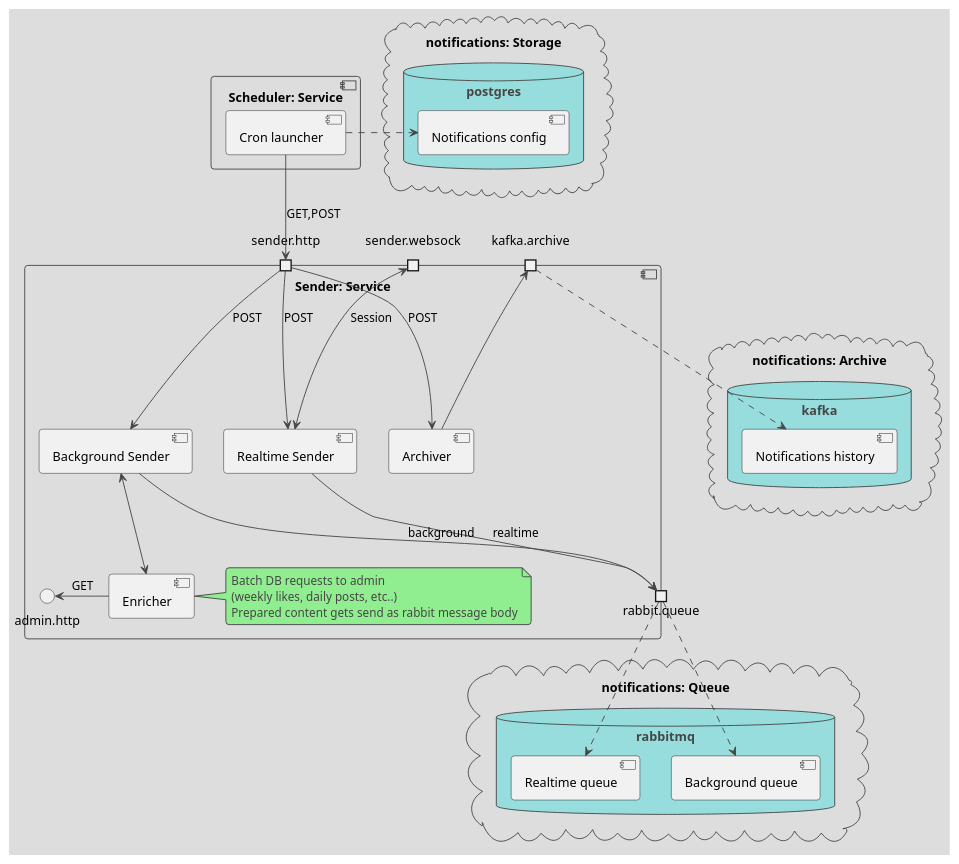
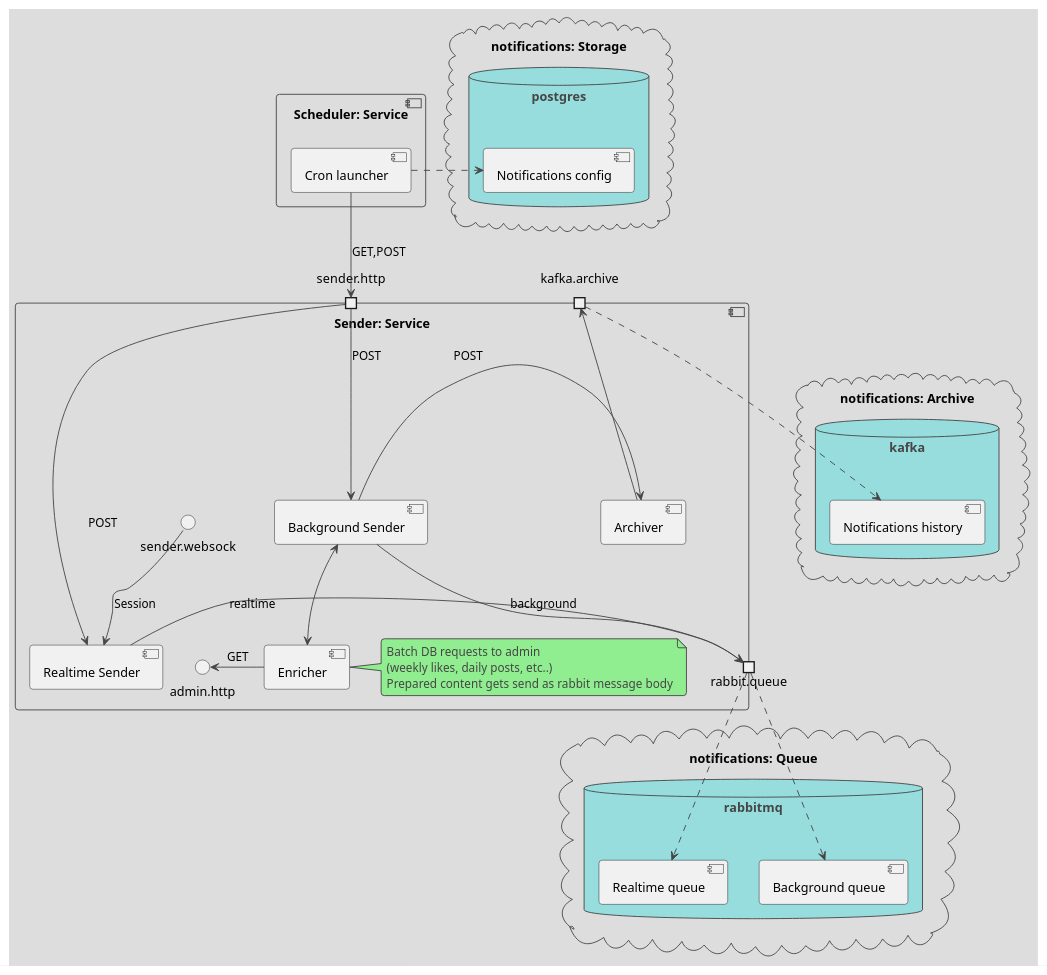
The diagram in doc/arch/notifications_sender.puml (ilya-spy/notifications_sprint_1), drawn with PlantUML before and after one commit. The commit also changed 5 other files, not shown here.

Commit message:
update flows to simplify modules

```diff
--- a/doc/arch/notifications_sender.puml
+++ b/doc/arch/notifications_sender.puml
@@ -1,74 +1,74 @@
 @startuml "Notifications sender module"
 !theme toy
 '''Часть сервиса уведомлений, отвечающая за создание и администрирование нотификаций'''
 
 
 '''Хранилища и внешние сервисы'''
 cloud "notifications: Storage" {
     database "postgres" {
         [Notifications config]
 
     }
 }
 
 cloud "notifications: Queue" {
     database "rabbitmq" {
         [Realtime queue]
         [Background queue]
     }
 }
 
 cloud "notifications: Archive" {
     database "kafka" {
         [Notifications history]
     }
 }
 
 
 '''Компоненты бизнес-логики'''
 component "Scheduler: Service" {
     'Компоненты службы'
     [Cron launcher]
 }
 
 component "Sender: Service" {
     'Внешние интерфейсы службы'
-    port sender.websock
     port sender.http
     
     port kafka.archive
     portout rabbit.queue
 
     'Компоненты службы'
     [Enricher]
     note right of [Enricher]:  Batch DB requests to admin\n(weekly likes, daily posts, etc..)\nPrepared content gets send as rabbit message body
     [Realtime Sender]
     [Background Sender]
     [Archiver]
 
     'Внутренние каналы службы'
     [Background Sender] <--> [Enricher]
 
     'Обслуживание внешних интерфейсы'
     sender.http --> [Background Sender]: POST
-    sender.http --> [Archiver]: POST
     sender.http --> [Realtime Sender]: POST
     admin.http  <- [Enricher]: GET
 
-    sender.websock <--> [Realtime Sender]: Session
+    sender.websock --> [Realtime Sender]: Session
 
     [Archiver] --> kafka.archive
     [Realtime Sender] --> rabbit.queue: realtime
     [Background Sender] --> rabbit.queue: background
+    [Background Sender] -> [Archiver]: POST
+
 }
 
 
 '''Обслуживание внешних и облачных сервисов'''
 [Cron launcher] .> [Notifications config]
 [Cron launcher] --> sender.http: GET,POST
 
 kafka.archive ..>  [Notifications history]
 rabbit.queue ..> [Background queue]
 rabbit.queue ..> [Realtime queue]
 
 @enduml
```
